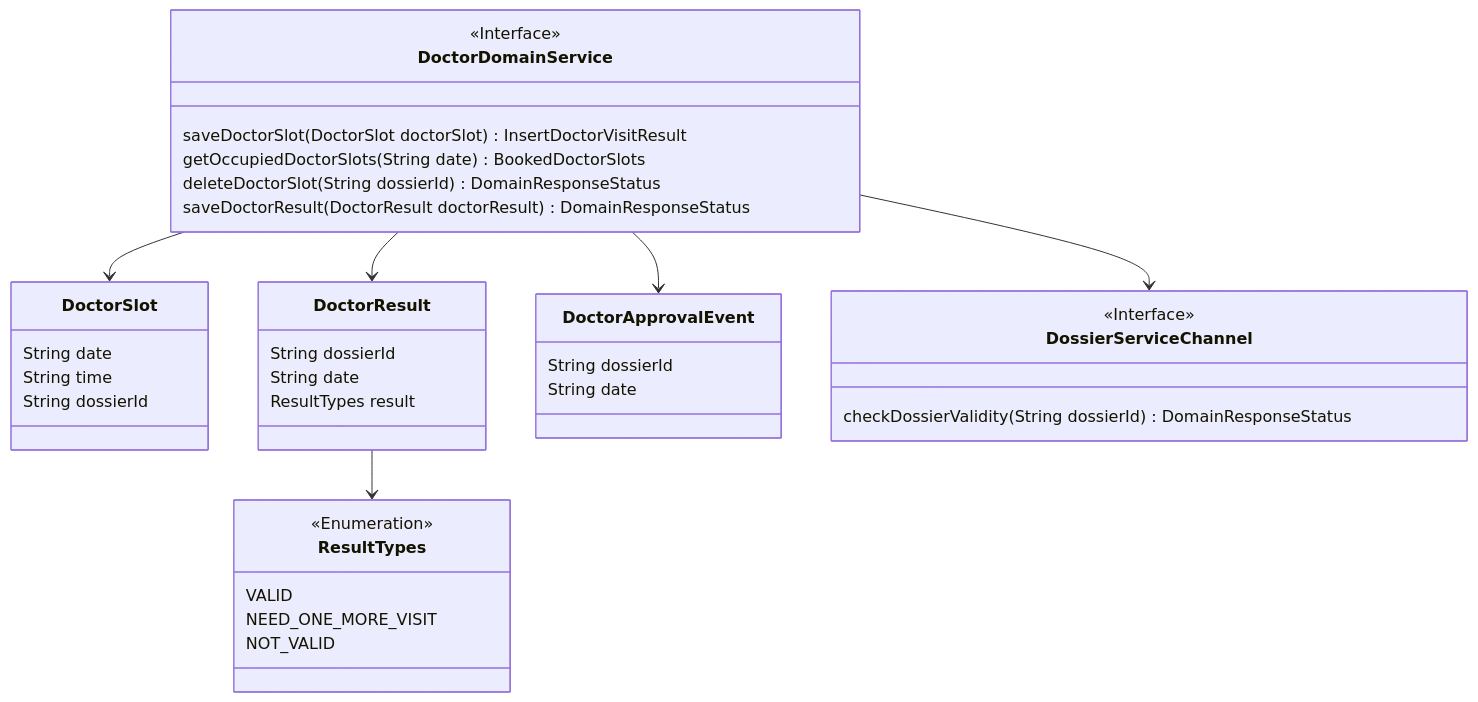
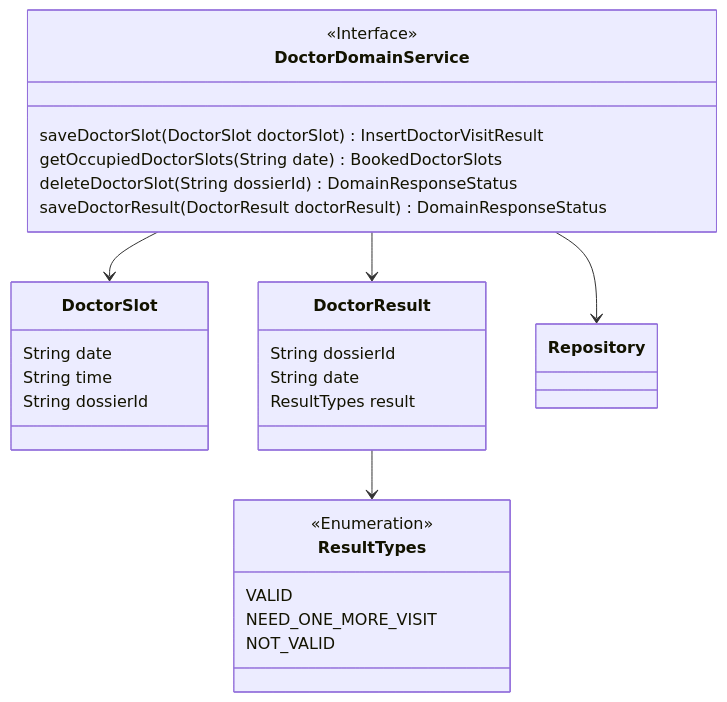
The first of 2 diagrams in docs/report/TacticalDesign/DoctorService.md (den-gr/Driving-School-Distributed-Management-Software), drawn with Mermaid before and after one commit. The commit also changed other lines of this file and 3 other files, not shown here.

Commit message:
docs: add missing class diagrams

````diff
--- a/docs/report/TacticalDesign/DoctorService.md
+++ b/docs/report/TacticalDesign/DoctorService.md
@@ -17,50 +18,45 @@
 ```mermaid
 classDiagram
 
 class DoctorDomainService{
     <<Interface>>
     saveDoctorSlot(DoctorSlot doctorSlot) InsertDoctorVisitResult
     getOccupiedDoctorSlots(String date) BookedDoctorSlots
     deleteDoctorSlot(String dossierId) DomainResponseStatus
     saveDoctorResult(DoctorResult doctorResult) DomainResponseStatus
 
 }
 
 DoctorDomainService --> DoctorSlot
 DoctorDomainService --> DoctorResult
-DoctorDomainService --> DoctorApprovalEvent
-DoctorDomainService --> DossierServiceChannel
+DoctorDomainService --> Repository
+
+
 
 class DoctorSlot {
     String date
     String time
     String dossierId
 }
 
 class DoctorResult {
     String dossierId
     String date
     ResultTypes result
 }
 
+
 DoctorResult --> ResultTypes
 
 class ResultTypes {
     <<Enumeration>>
     VALID
     NEED_ONE_MORE_VISIT
     NOT_VALID
 }
 
-class DoctorApprovalEvent {
-    String dossierId
-    String date
-}
 
-class DossierServiceChannel {
-    <<Interface>>
-    checkDossierValidity(String dossierId) DomainResponseStatus
-}
+
 
 
 ```
````
